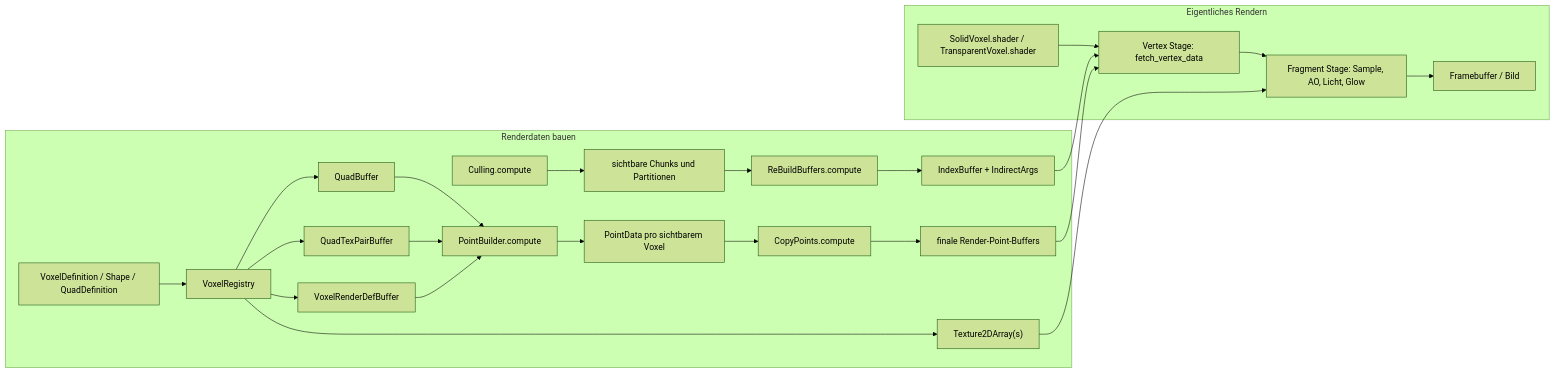
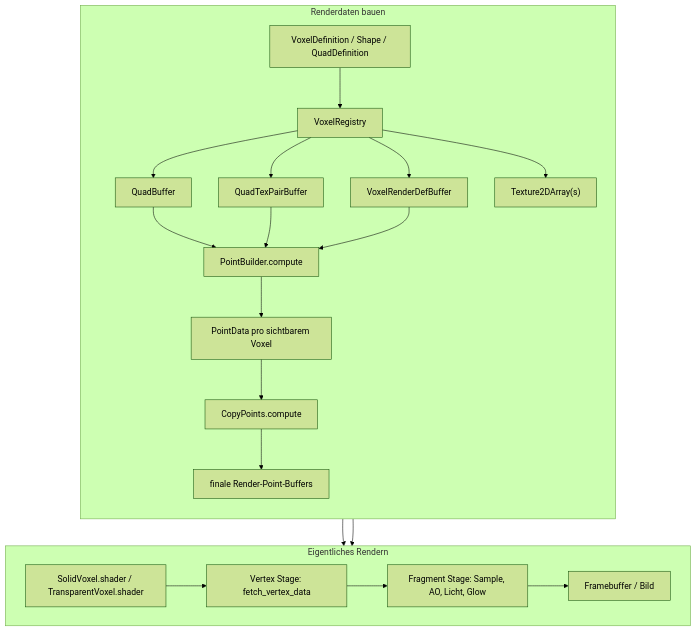
The diagram in Assets/Engine/Docs/voxel-gpu.md (anilas5235/Infinitile), drawn with Mermaid (forest theme) before and after one commit. The commit also changed other lines of this file, not shown here.

Commit message:
feat: update voxel GPU documentation with improved shader explanations and flowchart adjustments

````diff
--- a/Assets/Engine/Docs/voxel-gpu.md
+++ b/Assets/Engine/Docs/voxel-gpu.md
@@ -12,31 +12,28 @@
 ```mermaid
-flowchart LR
+flowchart TB
     subgraph Build["Renderdaten bauen"]
+        direction TB
         A["VoxelDefinition / Shape / QuadDefinition"] --> B["VoxelRegistry"]
         B --> C["QuadBuffer"]
         B --> D["QuadTexPairBuffer"]
         B --> E["VoxelRenderDefBuffer"]
         B --> F["Texture2DArray(s)"]
-
-        G["Culling.compute"] --> H["sichtbare Chunks und Partitionen"]
-        H --> I["ReBuildBuffers.compute"]
-        I --> J["IndexBuffer + IndirectArgs"]
 
         K["PointBuilder.compute"] --> L["PointData pro sichtbarem Voxel"]
         L --> M["CopyPoints.compute"]
         M --> N["finale Render-Point-Buffers"]
     end
 
     subgraph Render["Eigentliches Rendern"]
+        direction LR
         O["SolidVoxel.shader / TransparentVoxel.shader"] --> P["Vertex Stage: fetch_vertex_data"]
         P --> Q["Fragment Stage: Sample, AO, Licht, Glow"]
         Q --> R["Framebuffer / Bild"]
     end
 
     C --> K
     D --> K
     E --> K
     F --> Q
-    J --> P
     N --> P
 ```
````
